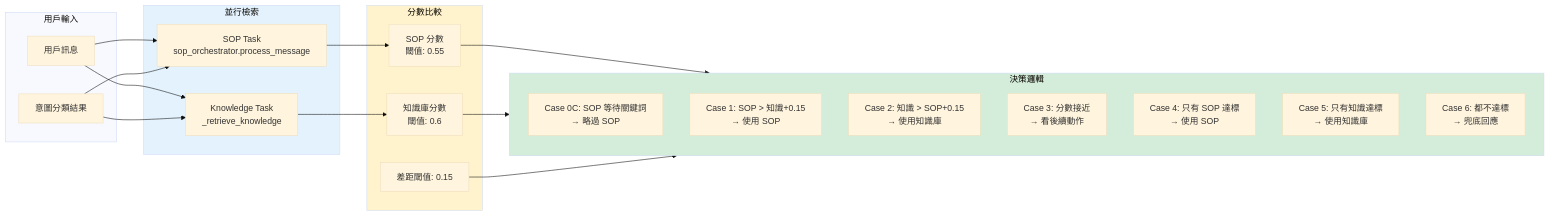
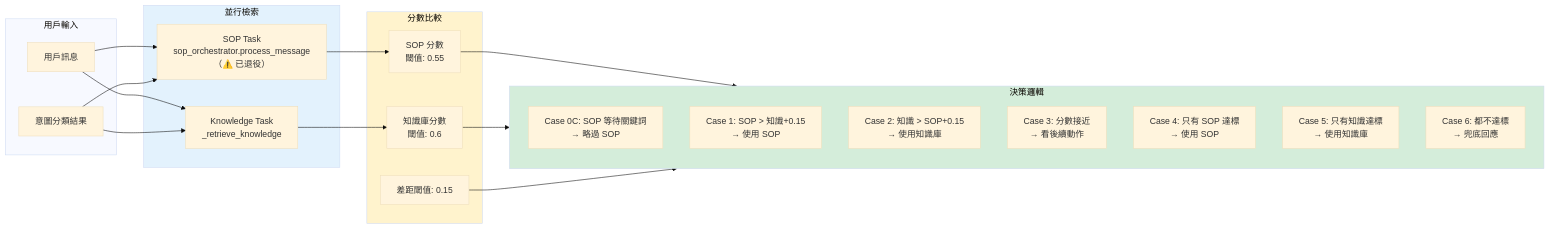
Before and after one commit to JGBlenny/AIChatbot: the second of 9 diagrams in docs/architecture/COMPLETE_CONVERSATION_ARCHITECTURE.md, drawn with Mermaid (base theme). The commit also changed other lines of this file and 49 other files, not shown here.

````diff
--- a/docs/architecture/COMPLETE_CONVERSATION_ARCHITECTURE.md
+++ b/docs/architecture/COMPLETE_CONVERSATION_ARCHITECTURE.md
@@ -334,44 +346,44 @@
 ```mermaid
 flowchart LR
     subgraph Input[用戶輸入]
         Message[用戶訊息]
         Intent[意圖分類結果]
     end
 
     subgraph Parallel[並行檢索]
-        SOPT[SOP Task<br/>sop_orchestrator.process_message]
+        SOPT[SOP Task<br/>sop_orchestrator.process_message（⚠️ 已退役）]
         KnowledgeT[Knowledge Task<br/>_retrieve_knowledge]
     end
 
     Message --> SOPT
     Intent --> SOPT
     Message --> KnowledgeT
     Intent --> KnowledgeT
 
     subgraph Scoring[分數比較]
         SOPScore[SOP 分數<br/>閾值: 0.55]
         KnowledgeScore[知識庫分數<br/>閾值: 0.6]
         Gap[差距閾值: 0.15]
     end
 
     SOPT --> SOPScore
     KnowledgeT --> KnowledgeScore
 
     subgraph DecisionLogic[決策邏輯]
         C0C[Case 0C: SOP 等待關鍵詞<br/>→ 略過 SOP]
         C1[Case 1: SOP > 知識+0.15<br/>→ 使用 SOP]
         C2[Case 2: 知識 > SOP+0.15<br/>→ 使用知識庫]
         C3[Case 3: 分數接近<br/>→ 看後續動作]
         C4[Case 4: 只有 SOP 達標<br/>→ 使用 SOP]
         C5[Case 5: 只有知識達標<br/>→ 使用知識庫]
         C6[Case 6: 都不達標<br/>→ 兜底回應]
     end
 
     SOPScore --> DecisionLogic
     KnowledgeScore --> DecisionLogic
     Gap --> DecisionLogic
 
     style Parallel fill:#e3f2fd
     style Scoring fill:#fff3cd
     style DecisionLogic fill:#d4edda
 ```
````
